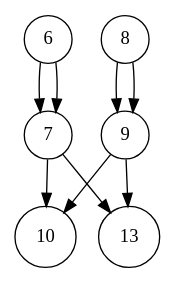
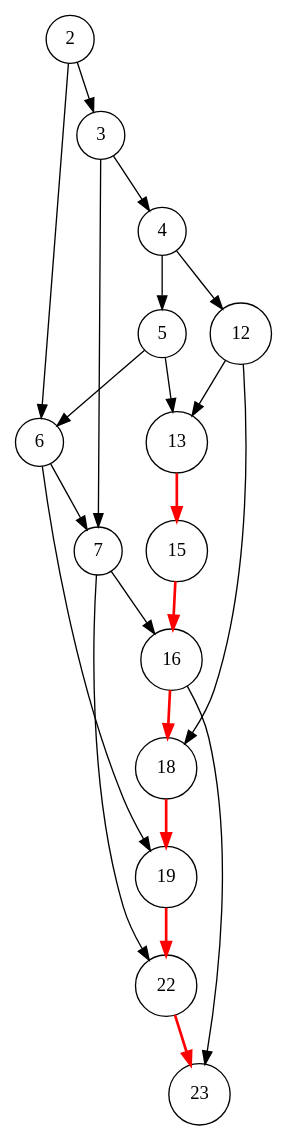
Before and after one commit to gintskk/execution-log-parser: the diagram in execution_6.dot, drawn with Graphviz. The commit also changed 22 other files, not shown here.

```diff
--- a/execution_6.dot
+++ b/execution_6.dot
@@ -1,11 +1,25 @@
 digraph execution {
   node [shape=circle];
-  7 -> 10;
-  7 -> 13;
+  13 -> 15 [color=red, penwidth=2.0];
+  7 -> 22;
+  7 -> 16;
   6 -> 7;
-  6 -> 7;
-  9 -> 13;
-  9 -> 10;
-  8 -> 9;
-  8 -> 9;
+  6 -> 19;
+  22 -> 23 [color=red, penwidth=2.0];
+  5 -> 6;
+  5 -> 13;
+  4 -> 5;
+  4 -> 12;
+  3 -> 4;
+  3 -> 7;
+  19 -> 22 [color=red, penwidth=2.0];
+  2 -> 3;
+  2 -> 6;
+  12 -> 13;
+  12 -> 18;
+  18 -> 19 [color=red, penwidth=2.0];
+  16 -> 18 [color=red, penwidth=2.0];
+  16 -> 23;
+  15 -> 16 [color=red, penwidth=2.0];
+  {node [style=filled, fillcolor=lightpink] 22 23 13 15 16 18 19 22 }
 }
```
